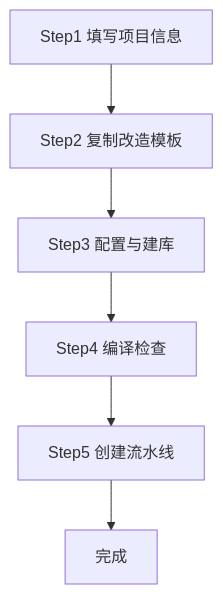
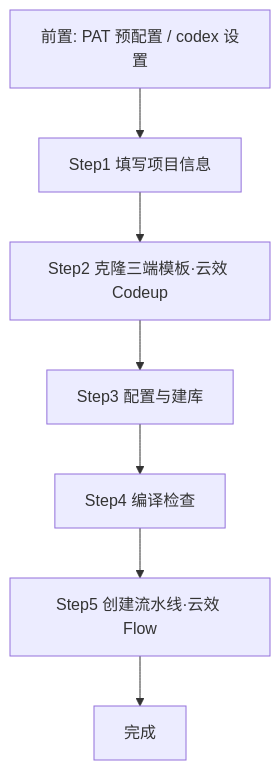
The fourth of 5 diagrams in docs/PRD-插件体系与新建项目插件.md (yswenli/luban-agent), drawn with Mermaid before and after one commit. The commit also changed other lines of this file, not shown here.

Commit message:
docs: 经多agent评审深度修订插件体系PRD（云效Codeup/Flow+PAT+真实代码挂载点）

````diff
--- a/docs/PRD-插件体系与新建项目插件.md
+++ b/docs/PRD-插件体系与新建项目插件.md
@@ -228,8 +420,9 @@
 ```mermaid
 flowchart TD
-    A[Step1 填写项目信息] --> B[Step2 复制改造模板]
+    P[前置: PAT 预配置 / codex 设置] --> A[Step1 填写项目信息]
+    A --> B[Step2 克隆三端模板·云效 Codeup]
     B --> C[Step3 配置与建库]
     C --> D[Step4 编译检查]
-    D --> E[Step5 创建流水线]
+    D --> E[Step5 创建流水线·云效 Flow]
     E --> F[完成]
 ```
````
